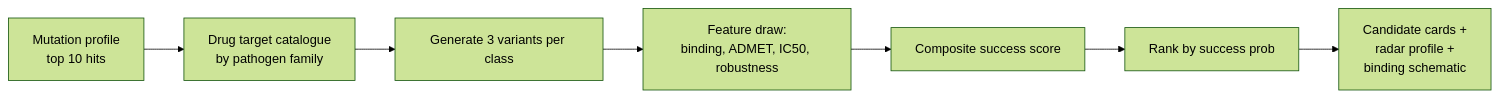
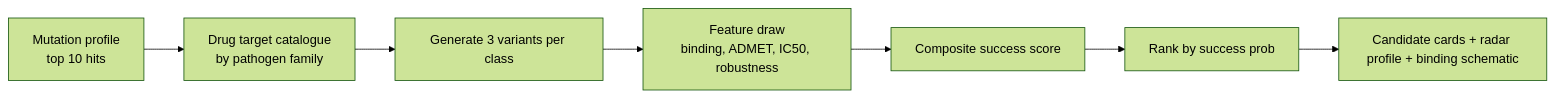
One commit to Blinchikee0/GermoVision_AI_forecast changed the fourth of 5 diagrams in README.md. Above: the diagram before and after it, drawn with Mermaid (forest theme). The commit also changed other lines of this file, not shown here.

Commit message:
readme: fix katex braces, mermaid nodes, switch to white logo

````diff
--- a/README.md
+++ b/README.md
@@ -286,9 +288,9 @@
 ```mermaid
 flowchart LR
-    prof[Mutation profile\ntop 10 hits] --> targets[Drug target catalogue\nby pathogen family]
-    targets --> gen[Generate 3 variants per class]
-    gen --> feat[Feature draw:\nbinding, ADMET, IC50, robustness]
-    feat --> score[Composite success score]
-    score --> rank[Rank by success prob]
-    rank --> shell[Candidate cards +\nradar profile +\nbinding schematic]
+    prof["Mutation profile<br/>top 10 hits"] --> targets["Drug target catalogue<br/>by pathogen family"]
+    targets --> gen["Generate 3 variants per class"]
+    gen --> feat["Feature draw<br/>binding, ADMET, IC50, robustness"]
+    feat --> score["Composite success score"]
+    score --> rank["Rank by success prob"]
+    rank --> shell["Candidate cards + radar profile + binding schematic"]
 ```
````
